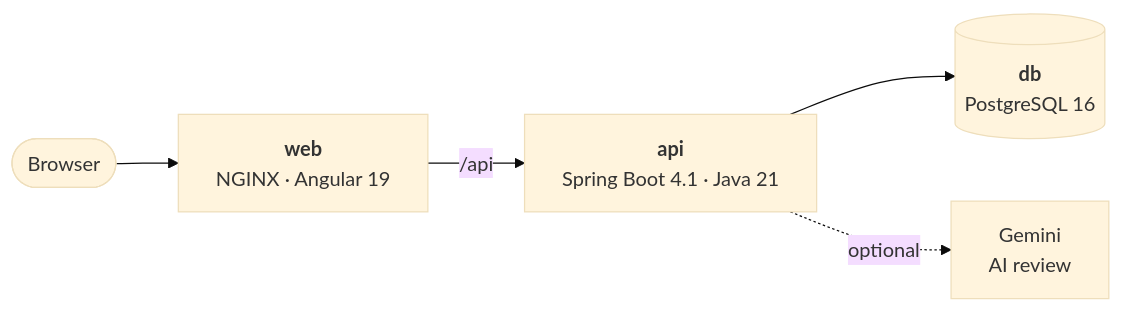
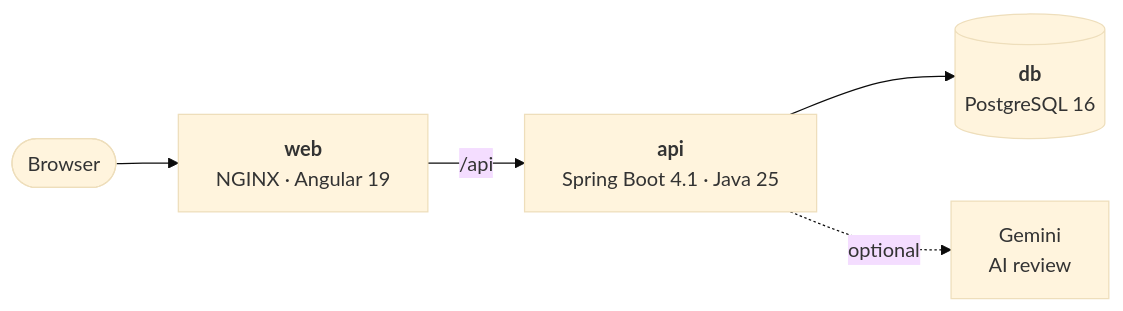
The second of 3 diagrams in README.md (AndresContreras1/bpmn-process-manager-api), drawn with Mermaid (base theme) before and after one commit. The commit also changed other lines of this file and 5 other files, not shown here.

````diff
--- a/README.md
+++ b/README.md
@@ -73,7 +73,7 @@
 ```mermaid
 flowchart LR
     B(["Browser"]) --> W["<b>web</b><br/>NGINX · Angular 19"]
-    W -- "/api" --> A["<b>api</b><br/>Spring Boot 4.1 · Java 21"]
+    W -- "/api" --> A["<b>api</b><br/>Spring Boot 4.1 · Java 25"]
     A --> D[("<b>db</b><br/>PostgreSQL 16")]
     A -. "optional" .-> G["Gemini<br/>AI review"]
 ```
````
